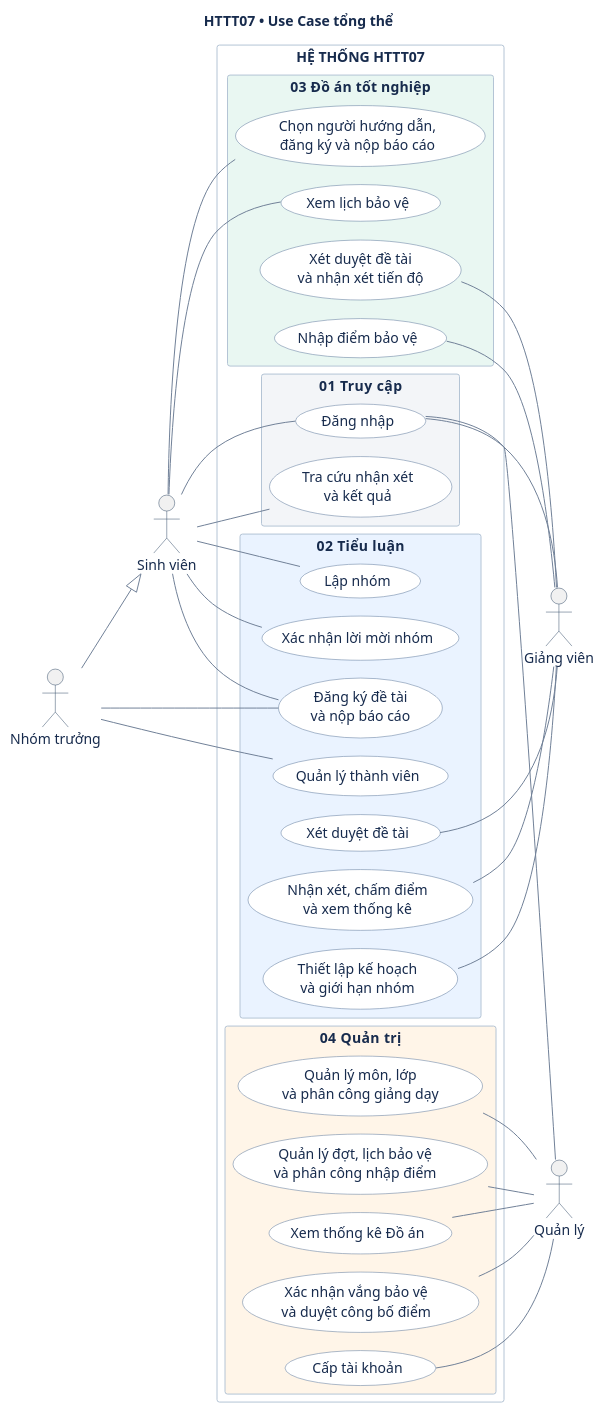
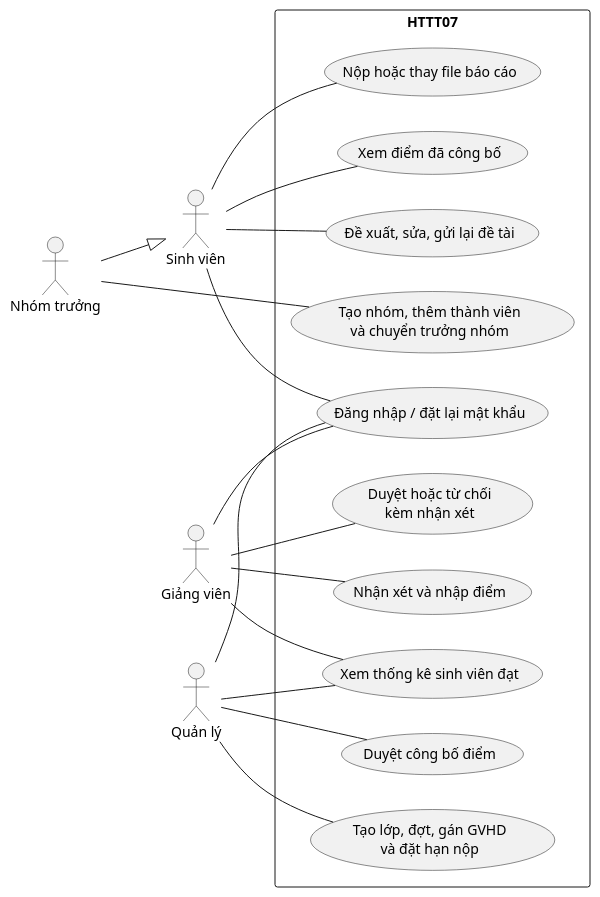
Before and after one commit to lam-vu6868/HTQL_TieuLuan_DoAN: the first of 6 diagrams in 02-so-do-uml.md, drawn with PlantUML. The commit also changed other lines of this file and 40 other files, not shown here.

````diff
--- a/02-so-do-uml.md
+++ b/02-so-do-uml.md
@@ -15,76 +7,35 @@
 ```plantuml
 @startuml
-title HTTT07 • Use Case tổng thể
 left to right direction
-!pragma layout smetana
-skinparam shadowing false
-skinparam DefaultFontName SansSerif
-skinparam defaultFontColor #172B4D
-skinparam ArrowColor #718198
-skinparam ActorBorderColor #344C69
-skinparam UsecaseBorderColor #587499
-skinparam UsecaseBackgroundColor #FFFFFF
-skinparam PackageBorderColor #CCD6E2
-skinparam RectangleBorderColor #B4C4D5
-skinparam packageStyle rectangle
-
 actor "Sinh viên" as SV
 actor "Nhóm trưởng" as NT
 actor "Giảng viên" as GV
 actor "Quản lý" as QL
-
-rectangle "HỆ THỐNG HTTT07" {
-  package "01  Truy cập" as AUTH #F3F5F8 {
-    usecase "Đăng nhập" as LOGIN
-    usecase "Tra cứu nhận xét\nvà kết quả" as RESULT
-  }
-  package "02  Tiểu luận" as ESSAY #EAF3FF {
-    usecase "Lập nhóm" as TEAM
-    usecase "Xác nhận lời mời nhóm" as ACCEPT
-    usecase "Quản lý thành viên" as MEMBER
-    usecase "Đăng ký đề tài\nvà nộp báo cáo" as TL
-    usecase "Thiết lập kế hoạch\nvà giới hạn nhóm" as PLAN
-    usecase "Xét duyệt đề tài" as TL_REVIEW
-    usecase "Nhận xét, chấm điểm\nvà xem thống kê" as TL_MARK
-  }
-  package "03  Đồ án tốt nghiệp" as THESIS #E9F7F2 {
-    usecase "Chọn người hướng dẫn,\nđăng ký và nộp báo cáo" as DA
-    usecase "Xem lịch bảo vệ" as SCHED
-    usecase "Xét duyệt đề tài\nvà nhận xét tiến độ" as DA_REVIEW
-    usecase "Nhập điểm bảo vệ" as DEF_MARK
-  }
-  package "04  Quản trị" as ADMIN #FFF5E8 {
-    usecase "Cấp tài khoản" as ACCOUNT
-    usecase "Quản lý môn, lớp\nvà phân công giảng dạy" as CLASS
-    usecase "Quản lý đợt, lịch bảo vệ\nvà phân công nhập điểm" as TERM
-    usecase "Xem thống kê Đồ án" as STATS
-    usecase "Xác nhận vắng bảo vệ\nvà duyệt công bố điểm" as PUBLISH
-  }
+NT --|> SV
+rectangle HTTT07 {
+  usecase "Đăng nhập / đặt lại mật khẩu" as Login
+  usecase "Tạo nhóm, thêm thành viên\nvà chuyển trưởng nhóm" as Group
+  usecase "Đề xuất, sửa, gửi lại đề tài" as Register
+  usecase "Duyệt hoặc từ chối\nkèm nhận xét" as Review
+  usecase "Nộp hoặc thay file báo cáo" as Submit
+  usecase "Nhận xét và nhập điểm" as Grade
+  usecase "Xem điểm đã công bố" as View
+  usecase "Tạo lớp, đợt, gán GVHD\nvà đặt hạn nộp" as Setup
+  usecase "Duyệt công bố điểm" as Publish
+  usecase "Xem thống kê sinh viên đạt" as Stats
 }
-
-NT --|> SV
-SV -- LOGIN
-SV -- RESULT
-SV -- TEAM
-SV -- ACCEPT
-SV -- TL
-NT -- MEMBER
-NT -- TL
-SV -- DA
-SV -- SCHED
-
-LOGIN -- GV
-PLAN -- GV
-TL_REVIEW -- GV
-TL_MARK -- GV
-DA_REVIEW -- GV
-DEF_MARK -- GV
-
-LOGIN -- QL
-ACCOUNT -- QL
-CLASS -- QL
-TERM -- QL
-STATS -- QL
-PUBLISH -- QL
+SV -- Login
+SV -- Register
+SV -- Submit
+SV -- View
+NT -- Group
+GV -- Login
+GV -- Review
+GV -- Grade
+GV -- Stats
+QL -- Login
+QL -- Setup
+QL -- Publish
+QL -- Stats
 @enduml
 ```
````
